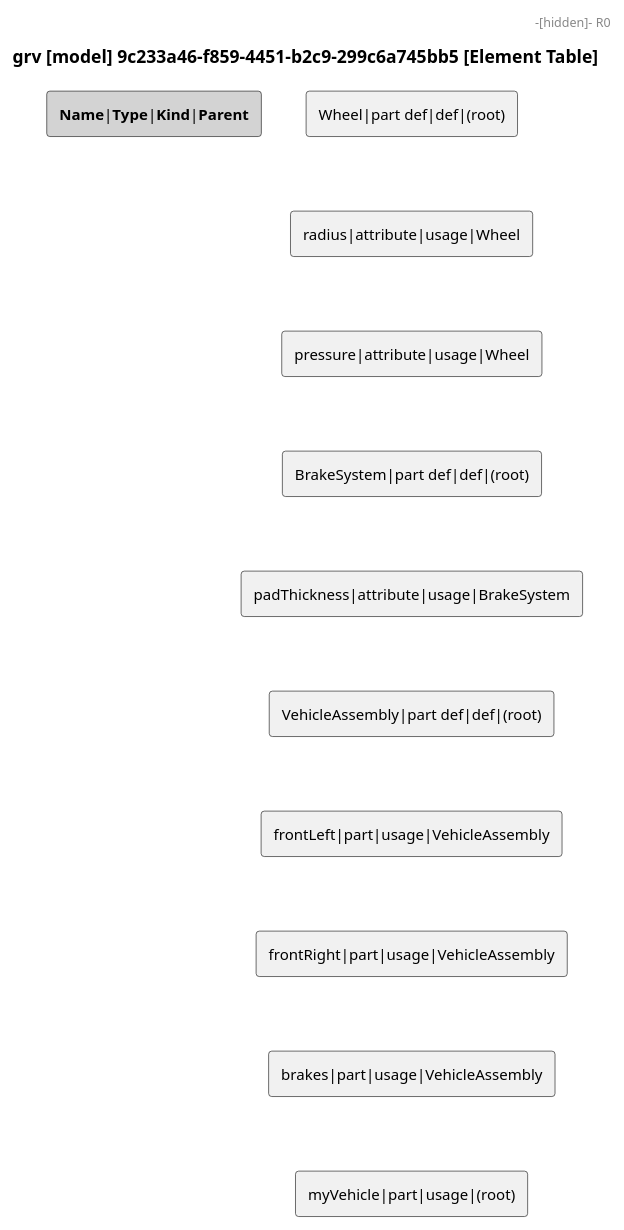
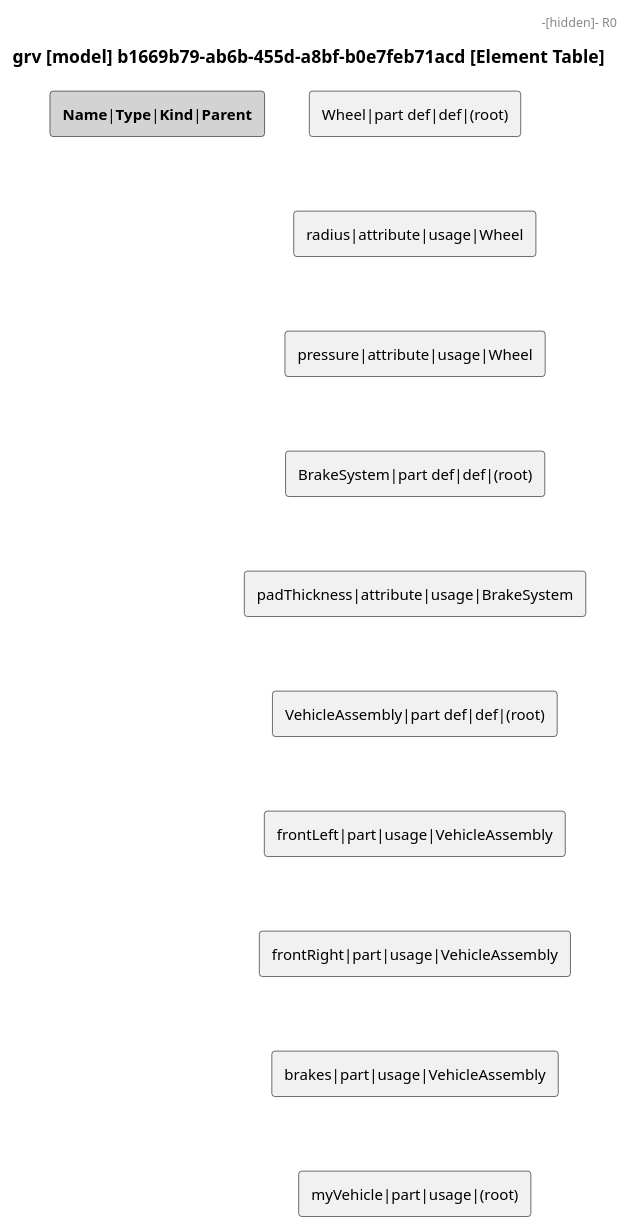
One commit to mycr0ft/sysml2py changed the diagram in docs/plantuml-examples/13-element-table.puml. Above: the diagram before and after it, drawn with PlantUML. The commit also changed 27 other files, not shown here.

```diff
--- a/docs/plantuml-examples/13-element-table.puml
+++ b/docs/plantuml-examples/13-element-table.puml
@@ -1,31 +1,31 @@
 @startuml
 
 skinparam monochrome true
 skinparam defaultFontSize 12
 skinparam defaultFontName Helvetica
 
-title grv [model] 9c233a46-f859-4451-b2c9-299c6a745bb5 [Element Table]
+title grv [model] b1669b79-ab6b-455d-a8bf-b0e7feb71acd [Element Table]
 
 rectangle "<b>Name</b>|<b>Type</b>|<b>Kind</b>|<b>Parent</b>" as HEADER #LightGray
 rectangle "Wheel|part def|def|(root)" as R0
 rectangle "radius|attribute|usage|Wheel" as R1
 rectangle "pressure|attribute|usage|Wheel" as R2
 rectangle "BrakeSystem|part def|def|(root)" as R3
 rectangle "padThickness|attribute|usage|BrakeSystem" as R4
 rectangle "VehicleAssembly|part def|def|(root)" as R5
 rectangle "frontLeft|part|usage|VehicleAssembly" as R6
 rectangle "frontRight|part|usage|VehicleAssembly" as R7
 rectangle "brakes|part|usage|VehicleAssembly" as R8
 rectangle "myVehicle|part|usage|(root)" as R9
 HEADER -[hidden]- R0
 R0 -[hidden]- R1
 R1 -[hidden]- R2
 R2 -[hidden]- R3
 R3 -[hidden]- R4
 R4 -[hidden]- R5
 R5 -[hidden]- R6
 R6 -[hidden]- R7
 R7 -[hidden]- R8
 R8 -[hidden]- R9
 
 @enduml
```
